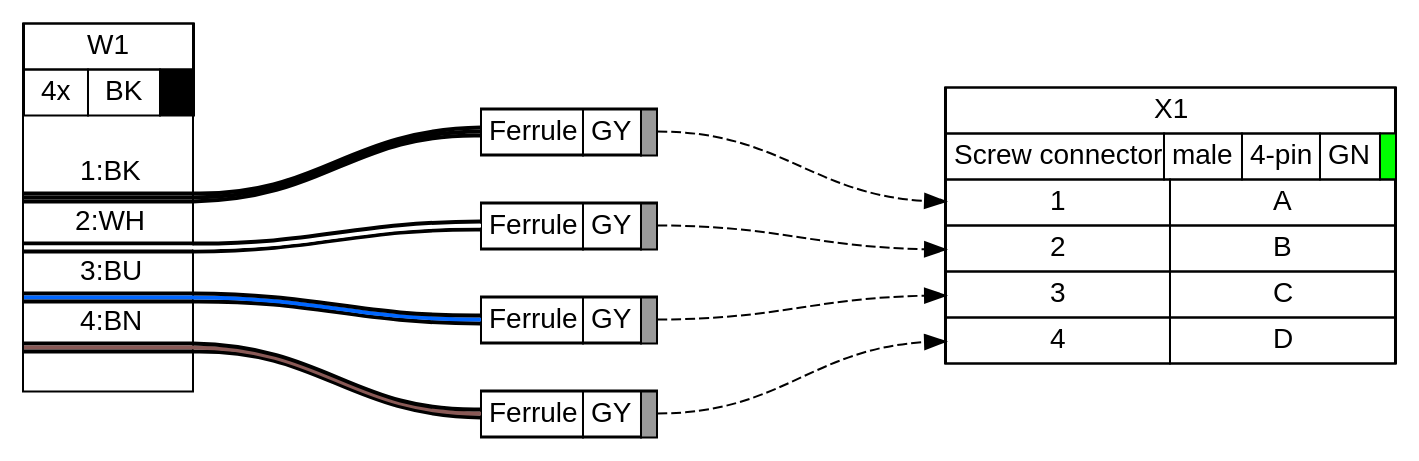
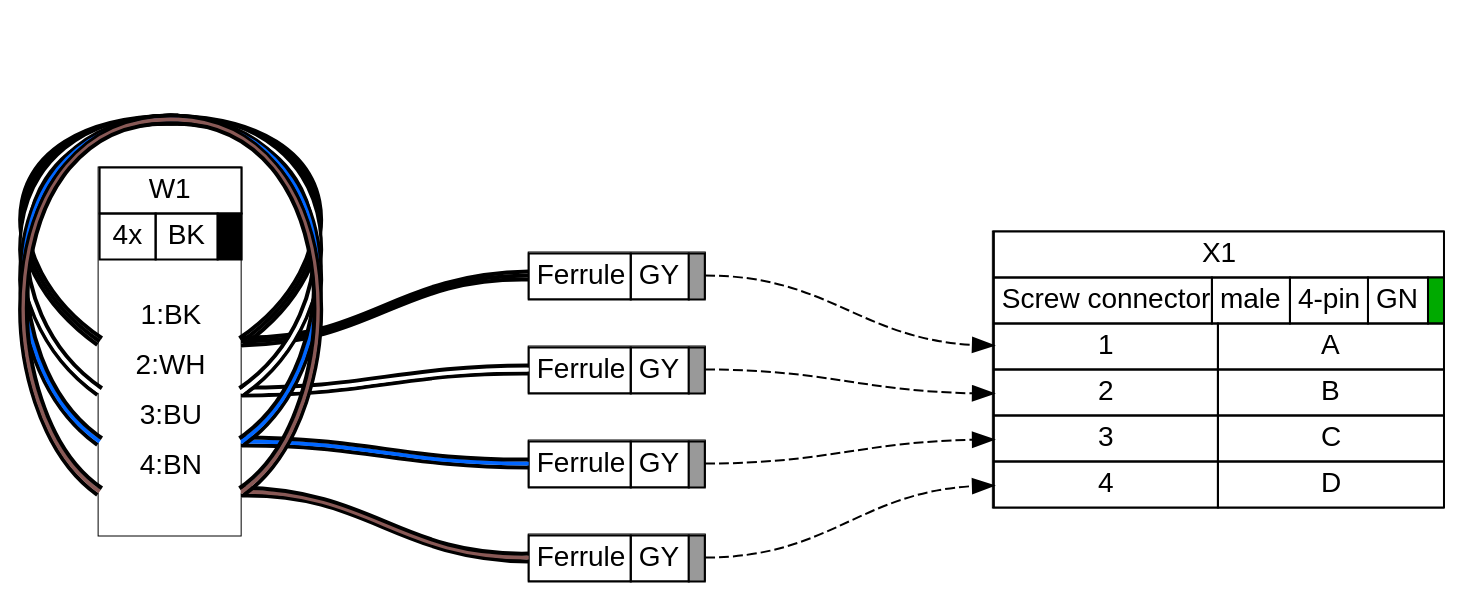
Before and after one commit to wireviz/WireViz: the diagram in examples/ex11.gv, drawn with Graphviz. The commit also changed 172 other files, not shown here.

```diff
--- a/examples/ex11.gv
+++ b/examples/ex11.gv
@@ -1,191 +1,263 @@
 graph {
-// Graph generated by WireViz 0.4-dev
+// Graph generated by WireViz 0.4-dev251
 // https://github.com/formatc1702/WireViz
 	graph [bgcolor="#FFFFFF" fontname=arial nodesep=0.33 rankdir=LR ranksep=2]
 	node [fillcolor="#FFFFFF" fontname=arial height=0 margin=0 shape=none style=filled width=0]
 	edge [fontname=arial style=bold]
 	AUTOGENERATED_F_1 [label=<
-<table border="0" cellspacing="0" cellpadding="0">
- <tr><td>
-  <table border="0" cellspacing="0" cellpadding="3" cellborder="1"><tr>
-   <td balign="left">Ferrule</td>
-   <td balign="left">GY</td>
-   <td balign="left" bgcolor="#999999" width="4"></td>
-  </tr></table>
- </td></tr>
+<table border="0" cellspacing="0" cellpadding="0" port="p1r" bgcolor="#FFFFFF">
+ <tr>
+  <td port="p1l">
+   <table border="0" cellborder="1" cellpadding="3" cellspacing="0">
+    <tr>
+     <td>Ferrule</td>
+     <td>GY</td>
+     <td bgcolor="#999999" sides="TBLR"></td>
+    </tr>
+   </table>
+  </td>
+ </tr>
 </table>
-> fillcolor="#FFFFFF" shape=box style=filled]
+> shape=box style=filled]
 	AUTOGENERATED_F_2 [label=<
-<table border="0" cellspacing="0" cellpadding="0">
- <tr><td>
-  <table border="0" cellspacing="0" cellpadding="3" cellborder="1"><tr>
-   <td balign="left">Ferrule</td>
-   <td balign="left">GY</td>
-   <td balign="left" bgcolor="#999999" width="4"></td>
-  </tr></table>
- </td></tr>
+<table border="0" cellspacing="0" cellpadding="0" port="p1r" bgcolor="#FFFFFF">
+ <tr>
+  <td port="p1l">
+   <table border="0" cellborder="1" cellpadding="3" cellspacing="0">
+    <tr>
+     <td>Ferrule</td>
+     <td>GY</td>
+     <td bgcolor="#999999" sides="TBLR"></td>
+    </tr>
+   </table>
+  </td>
+ </tr>
 </table>
-> fillcolor="#FFFFFF" shape=box style=filled]
+> shape=box style=filled]
 	AUTOGENERATED_F_3 [label=<
-<table border="0" cellspacing="0" cellpadding="0">
- <tr><td>
-  <table border="0" cellspacing="0" cellpadding="3" cellborder="1"><tr>
-   <td balign="left">Ferrule</td>
-   <td balign="left">GY</td>
-   <td balign="left" bgcolor="#999999" width="4"></td>
-  </tr></table>
- </td></tr>
+<table border="0" cellspacing="0" cellpadding="0" port="p1r" bgcolor="#FFFFFF">
+ <tr>
+  <td port="p1l">
+   <table border="0" cellborder="1" cellpadding="3" cellspacing="0">
+    <tr>
+     <td>Ferrule</td>
+     <td>GY</td>
+     <td bgcolor="#999999" sides="TBLR"></td>
+    </tr>
+   </table>
+  </td>
+ </tr>
 </table>
-> fillcolor="#FFFFFF" shape=box style=filled]
+> shape=box style=filled]
 	AUTOGENERATED_F_4 [label=<
-<table border="0" cellspacing="0" cellpadding="0">
- <tr><td>
-  <table border="0" cellspacing="0" cellpadding="3" cellborder="1"><tr>
-   <td balign="left">Ferrule</td>
-   <td balign="left">GY</td>
-   <td balign="left" bgcolor="#999999" width="4"></td>
-  </tr></table>
- </td></tr>
+<table border="0" cellspacing="0" cellpadding="0" port="p1r" bgcolor="#FFFFFF">
+ <tr>
+  <td port="p1l">
+   <table border="0" cellborder="1" cellpadding="3" cellspacing="0">
+    <tr>
+     <td>Ferrule</td>
+     <td>GY</td>
+     <td bgcolor="#999999" sides="TBLR"></td>
+    </tr>
+   </table>
+  </td>
+ </tr>
 </table>
-> fillcolor="#FFFFFF" shape=box style=filled]
+> shape=box style=filled]
 	X1 [label=<
-<table border="0" cellspacing="0" cellpadding="0">
- <tr><td>
-  <table border="0" cellspacing="0" cellpadding="3" cellborder="1"><tr>
-   <td balign="left">X1</td>
-  </tr></table>
- </td></tr>
- <tr><td>
-  <table border="0" cellspacing="0" cellpadding="3" cellborder="1"><tr>
-   <td balign="left">Screw connector</td>
-   <td balign="left">male</td>
-   <td balign="left">4-pin</td>
-   <td balign="left">GN</td>
-   <td balign="left" bgcolor="#00FF00" width="4"></td>
-  </tr></table>
- </td></tr>
- <tr><td>
-  <table border="0" cellspacing="0" cellpadding="3" cellborder="1">
-   <tr>
-    <td port="p1l">1</td>
-    <td>A</td>
-   </tr>
-   <tr>
-    <td port="p2l">2</td>
-    <td>B</td>
-   </tr>
-   <tr>
-    <td port="p3l">3</td>
-    <td>C</td>
-   </tr>
-   <tr>
-    <td port="p4l">4</td>
-    <td>D</td>
-   </tr>
-  </table>
- </td></tr>
+<table border="0" cellspacing="0" cellpadding="0" bgcolor="#FFFFFF">
+ <tr>
+  <td>
+   <table border="0" cellborder="1" cellpadding="3" cellspacing="0">
+    <tr>
+     <td>X1</td>
+    </tr>
+   </table>
+  </td>
+ </tr>
+ <tr>
+  <td>
+   <table border="0" cellborder="1" cellpadding="3" cellspacing="0">
+    <tr>
+     <td>Screw connector</td>
+     <td>male</td>
+     <td>4-pin</td>
+     <td>GN</td>
+     <td bgcolor="#00AA00" sides="TBLR"></td>
+    </tr>
+   </table>
+  </td>
+ </tr>
+ <tr>
+  <td>
+   <table border="0" cellborder="1" cellpadding="3" cellspacing="0">
+    <tr>
+     <td port="p1l">1</td>
+     <td>A</td>
+     []
+    </tr>
+    <tr>
+     <td port="p2l">2</td>
+     <td>B</td>
+     []
+    </tr>
+    <tr>
+     <td port="p3l">3</td>
+     <td>C</td>
+     []
+    </tr>
+    <tr>
+     <td port="p4l">4</td>
+     <td>D</td>
+     []
+    </tr>
+   </table>
+  </td>
+ </tr>
 </table>
-> fillcolor="#FFFFFF" shape=box style=filled]
+> shape=box style=filled]
+	W1 [label=<
+<table border="0" cellspacing="0" cellpadding="0" bgcolor="#FFFFFF">
+ <tr>
+  <td>
+   <table border="0" cellborder="1" cellpadding="3" cellspacing="0">
+    <tr>
+     <td>W1</td>
+    </tr>
+   </table>
+  </td>
+ </tr>
+ <tr>
+  <td>
+   <table border="0" cellborder="1" cellpadding="3" cellspacing="0">
+    <tr>
+     <td>4x</td>
+     <td>BK</td>
+     <td bgcolor="#000000" sides="TBLR"></td>
+    </tr>
+   </table>
+  </td>
+ </tr>
+ <tr>
+  <td>
+   <table border="0" cellborder="0" cellspacing="0">
+    <tr>
+     <td>&nbsp;</td>
+    </tr>
+    <tr>
+     <td align="left"> </td>
+     <td> </td>
+     <td>1:BK</td>
+     <td> </td>
+     <td align="right"> </td>
+    </tr>
+    <tr>
+     <td border="0" cellspacing="0" cellpadding="0" colspan="5" height="6" port="w1">
+      <table border="0" cellborder="0" cellspacing="0">
+       <tr>
+        <td bgcolor="#FFFFFF" border="0" cellpadding="0" colspan="5" height="2"></td>
+       </tr>
+       <tr>
+        <td bgcolor="#FFFFFF" border="0" cellpadding="0" colspan="5" height="2"></td>
+       </tr>
+       <tr>
+        <td bgcolor="#FFFFFF" border="0" cellpadding="0" colspan="5" height="2"></td>
+       </tr>
+      </table>
+     </td>
+    </tr>
+    <tr>
+     <td align="left"> </td>
+     <td> </td>
+     <td>2:WH</td>
+     <td> </td>
+     <td align="right"> </td>
+    </tr>
+    <tr>
+     <td border="0" cellspacing="0" cellpadding="0" colspan="5" height="6" port="w2">
+      <table border="0" cellborder="0" cellspacing="0">
+       <tr>
+        <td bgcolor="#FFFFFF" border="0" cellpadding="0" colspan="5" height="2"></td>
+       </tr>
+       <tr>
+        <td bgcolor="#FFFFFF" border="0" cellpadding="0" colspan="5" height="2"></td>
+       </tr>
+       <tr>
+        <td bgcolor="#FFFFFF" border="0" cellpadding="0" colspan="5" height="2"></td>
+       </tr>
+      </table>
+     </td>
+    </tr>
+    <tr>
+     <td align="left"> </td>
+     <td> </td>
+     <td>3:BU</td>
+     <td> </td>
+     <td align="right"> </td>
+    </tr>
+    <tr>
+     <td border="0" cellspacing="0" cellpadding="0" colspan="5" height="6" port="w3">
+      <table border="0" cellborder="0" cellspacing="0">
+       <tr>
+        <td bgcolor="#FFFFFF" border="0" cellpadding="0" colspan="5" height="2"></td>
+       </tr>
+       <tr>
+        <td bgcolor="#FFFFFF" border="0" cellpadding="0" colspan="5" height="2"></td>
+       </tr>
+       <tr>
+        <td bgcolor="#FFFFFF" border="0" cellpadding="0" colspan="5" height="2"></td>
+       </tr>
+      </table>
+     </td>
+    </tr>
+    <tr>
+     <td align="left"> </td>
+     <td> </td>
+     <td>4:BN</td>
+     <td> </td>
+     <td align="right"> </td>
+    </tr>
+    <tr>
+     <td border="0" cellspacing="0" cellpadding="0" colspan="5" height="6" port="w4">
+      <table border="0" cellborder="0" cellspacing="0">
+       <tr>
+        <td bgcolor="#FFFFFF" border="0" cellpadding="0" colspan="5" height="2"></td>
+       </tr>
+       <tr>
+        <td bgcolor="#FFFFFF" border="0" cellpadding="0" colspan="5" height="2"></td>
+       </tr>
+       <tr>
+        <td bgcolor="#FFFFFF" border="0" cellpadding="0" colspan="5" height="2"></td>
+       </tr>
+      </table>
+     </td>
+    </tr>
+    <tr>
+     <td>&nbsp;</td>
+    </tr>
+   </table>
+  </td>
+ </tr>
+</table>
+> shape=box style=filled]
 	edge [color="#000000:#000000:#000000"]
 	W1:w1:e -- AUTOGENERATED_F_1:w
-	edge [color="#000000:#ffffff:#000000"]
+	edge [color="#000000:#FFFFFF:#000000"]
 	W1:w2:e -- AUTOGENERATED_F_2:w
-	edge [color="#000000:#0066ff:#000000"]
+	edge [color="#000000:#0066FF:#000000"]
 	W1:w3:e -- AUTOGENERATED_F_3:w
 	edge [color="#000000:#895956:#000000"]
 	W1:w4:e -- AUTOGENERATED_F_4:w
-	W1 [label=<
-<table border="0" cellspacing="0" cellpadding="0">
- <tr><td>
-  <table border="0" cellspacing="0" cellpadding="3" cellborder="1"><tr>
-   <td balign="left">W1</td>
-  </tr></table>
- </td></tr>
- <tr><td>
-  <table border="0" cellspacing="0" cellpadding="3" cellborder="1"><tr>
-   <td balign="left">4x</td>
-   <td balign="left">BK</td>
-   <td balign="left" bgcolor="#000000" width="4"></td>
-  </tr></table>
- </td></tr>
- <tr><td>
-  <table border="0" cellspacing="0" cellborder="0">
-   <tr><td>&nbsp;</td></tr>
-   <tr>
-    <td><!-- 1_in --></td>
-    <td>
-     1:BK
-    </td>
-    <td></td>
-   </tr>
-   <tr>
-    <td colspan="3" border="0" cellspacing="0" cellpadding="0" port="w1" height="6">
-     <table cellspacing="0" cellborder="0" border="0">
-      <tr><td colspan="3" cellpadding="0" height="2" bgcolor="#000000" border="0"></td></tr>
-      <tr><td colspan="3" cellpadding="0" height="2" bgcolor="#000000" border="0"></td></tr>
-      <tr><td colspan="3" cellpadding="0" height="2" bgcolor="#000000" border="0"></td></tr>
-     </table>
-    </td>
-   </tr>
-   <tr>
-    <td><!-- 2_in --></td>
-    <td>
-     2:WH
-    </td>
-    <td></td>
-   </tr>
-   <tr>
-    <td colspan="3" border="0" cellspacing="0" cellpadding="0" port="w2" height="6">
-     <table cellspacing="0" cellborder="0" border="0">
-      <tr><td colspan="3" cellpadding="0" height="2" bgcolor="#000000" border="0"></td></tr>
-      <tr><td colspan="3" cellpadding="0" height="2" bgcolor="#ffffff" border="0"></td></tr>
-      <tr><td colspan="3" cellpadding="0" height="2" bgcolor="#000000" border="0"></td></tr>
-     </table>
-    </td>
-   </tr>
-   <tr>
-    <td><!-- 3_in --></td>
-    <td>
-     3:BU
-    </td>
-    <td></td>
-   </tr>
-   <tr>
-    <td colspan="3" border="0" cellspacing="0" cellpadding="0" port="w3" height="6">
-     <table cellspacing="0" cellborder="0" border="0">
-      <tr><td colspan="3" cellpadding="0" height="2" bgcolor="#000000" border="0"></td></tr>
-      <tr><td colspan="3" cellpadding="0" height="2" bgcolor="#0066ff" border="0"></td></tr>
-      <tr><td colspan="3" cellpadding="0" height="2" bgcolor="#000000" border="0"></td></tr>
-     </table>
-    </td>
-   </tr>
-   <tr>
-    <td><!-- 4_in --></td>
-    <td>
-     4:BN
-    </td>
-    <td></td>
-   </tr>
-   <tr>
-    <td colspan="3" border="0" cellspacing="0" cellpadding="0" port="w4" height="6">
-     <table cellspacing="0" cellborder="0" border="0">
-      <tr><td colspan="3" cellpadding="0" height="2" bgcolor="#000000" border="0"></td></tr>
-      <tr><td colspan="3" cellpadding="0" height="2" bgcolor="#895956" border="0"></td></tr>
-      <tr><td colspan="3" cellpadding="0" height="2" bgcolor="#000000" border="0"></td></tr>
-     </table>
-    </td>
-   </tr>
-   <tr><td>&nbsp;</td></tr>
-  </table>
- </td></tr>
-</table>
-> fillcolor="#FFFFFF" shape=box style=filled]
+	W1:w1:e -- W1:w1:w [color="#000000:#000000:#000000" straight=straight]
+	W1:w2:e -- W1:w2:w [color="#000000:#FFFFFF:#000000" straight=straight]
+	W1:w3:e -- W1:w3:w [color="#000000:#0066FF:#000000" straight=straight]
+	W1:w4:e -- W1:w4:w [color="#000000:#895956:#000000" straight=straight]
 	edge [color="#000000" dir=forward style=dashed]
-	AUTOGENERATED_F_1:e -- X1:p1l:w
+	AUTOGENERATED_F_1:p1r:e -- X1:p1l:w
 	edge [color="#000000" dir=forward style=dashed]
-	AUTOGENERATED_F_2:e -- X1:p2l:w
+	AUTOGENERATED_F_2:p1r:e -- X1:p2l:w
 	edge [color="#000000" dir=forward style=dashed]
-	AUTOGENERATED_F_3:e -- X1:p3l:w
+	AUTOGENERATED_F_3:p1r:e -- X1:p3l:w
 	edge [color="#000000" dir=forward style=dashed]
-	AUTOGENERATED_F_4:e -- X1:p4l:w
+	AUTOGENERATED_F_4:p1r:e -- X1:p4l:w
 }
```
